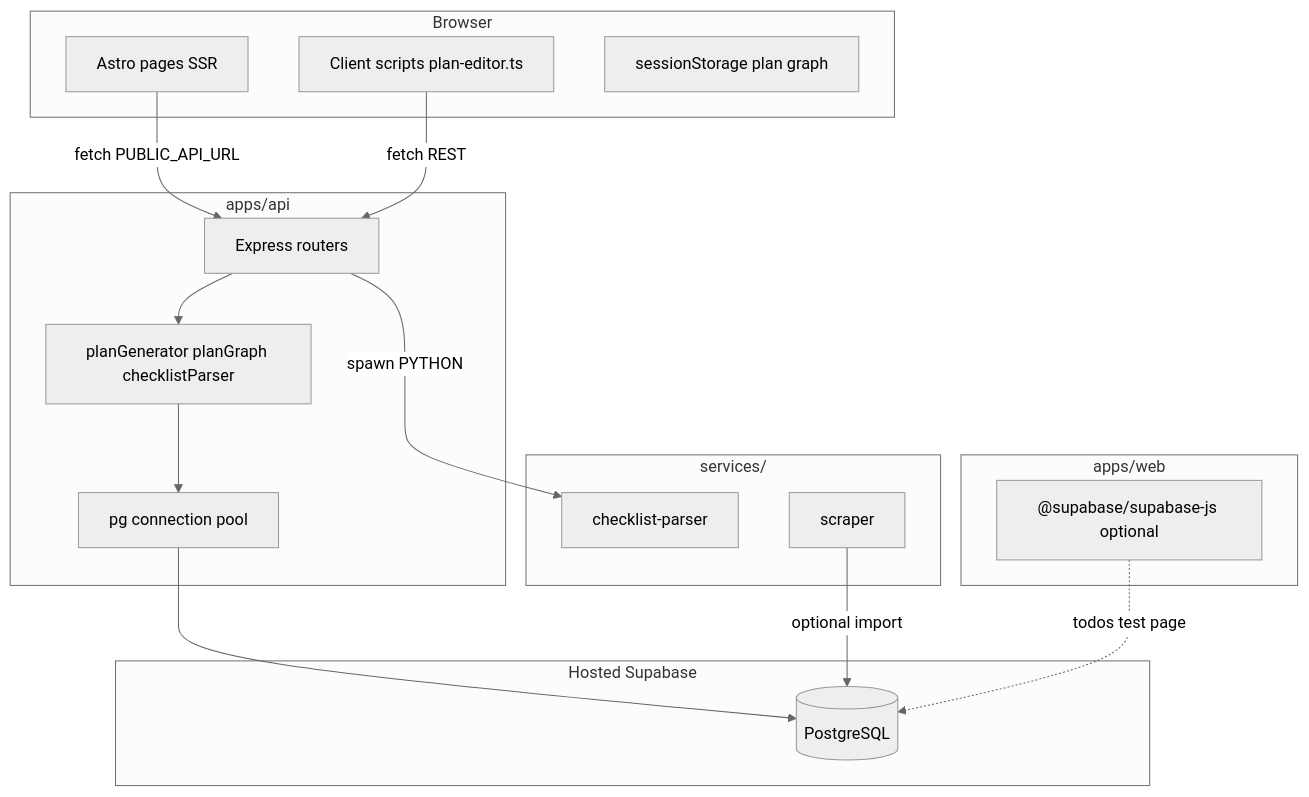
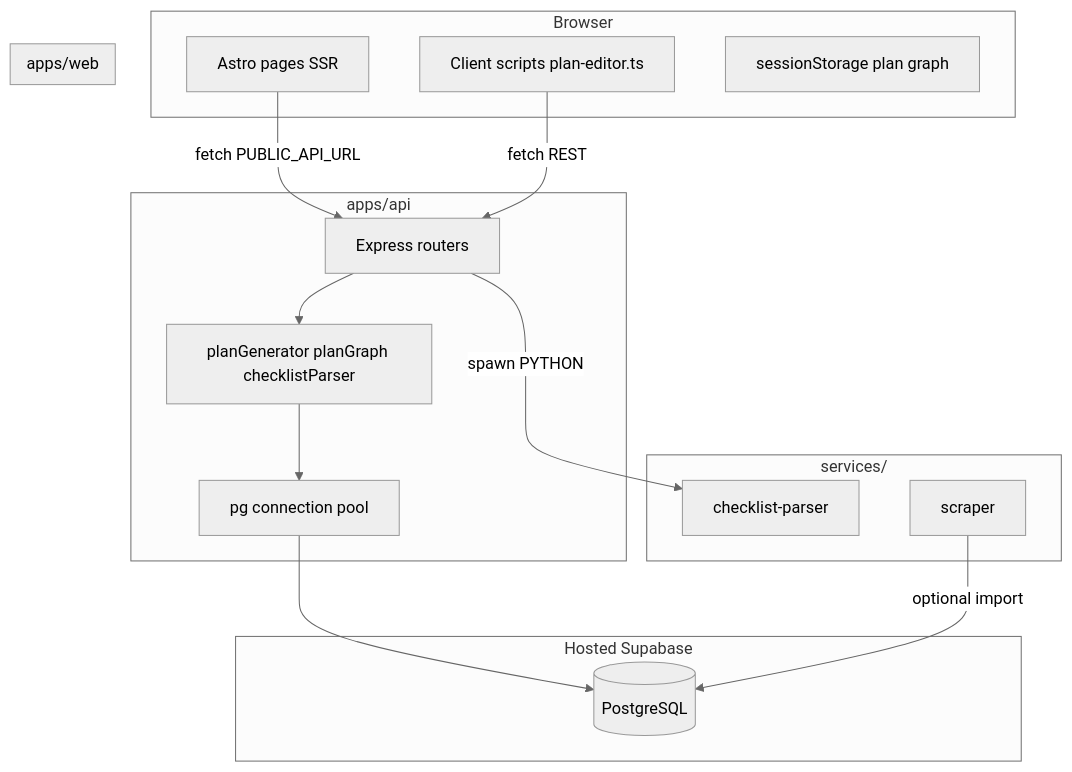
Before and after one commit to SamiulH25/YorkLanes: the diagram in docs/architecture.md, drawn with Mermaid (neutral theme). The commit also changed other lines of this file and 31 other files, not shown here.

````diff
--- a/docs/architecture.md
+++ b/docs/architecture.md
@@ -7,39 +7,37 @@
 ```mermaid
 flowchart TB
   subgraph browser [Browser]
     AstroPages[Astro pages SSR]
     ClientJS[Client scripts plan-editor.ts]
     SessionStore[sessionStorage plan graph]
   end
 
   subgraph web [apps/web]
     AstroPages
     ClientJS
     SessionStore
-    SupabaseJS["@supabase/supabase-js optional"]
   end
 
   subgraph api [apps/api]
     Express[Express routers]
     Services[planGenerator planGraph checklistParser]
     PG[pg connection pool]
   end
 
   subgraph python [services/]
     Parser[checklist-parser]
     Scraper[scraper]
   end
 
   subgraph data [Hosted Supabase]
     Postgres[(PostgreSQL)]
   end
 
   AstroPages -->|fetch PUBLIC_API_URL| Express
   ClientJS -->|fetch REST| Express
   Express --> Services
   Services --> PG
   PG --> Postgres
   Express -->|spawn PYTHON| Parser
   Scraper -->|optional import| Postgres
-  SupabaseJS -.->|todos test page| Postgres
 ```
````
